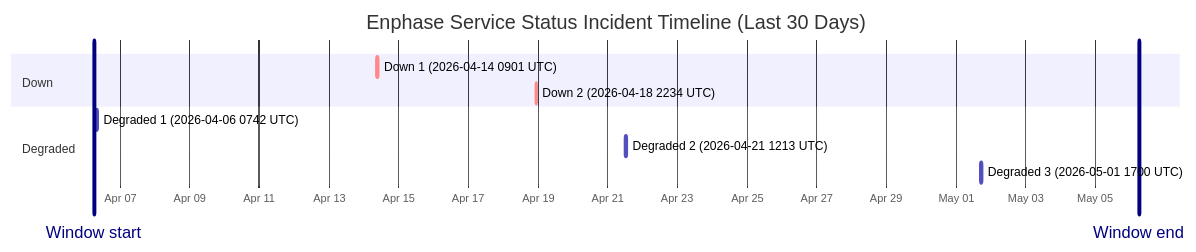
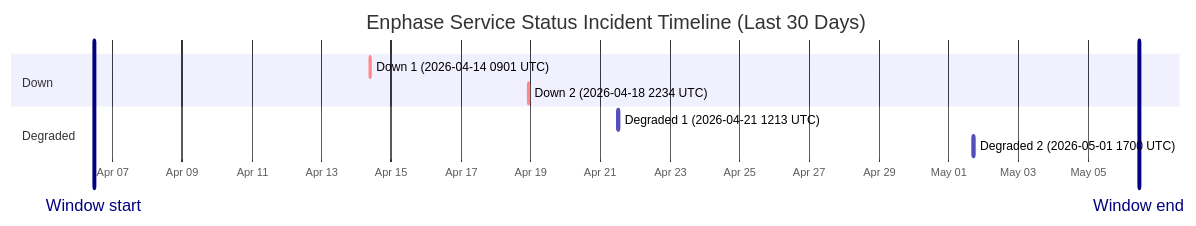
Before and after one commit to barneyonline/ha-enphase-ev-charger: the diagram in wiki/Service-Status-History.md, drawn with Mermaid. The commit also changed other lines of this file and 3 other files, not shown here.

````diff
--- a/wiki/Service-Status-History.md
+++ b/wiki/Service-Status-History.md
@@ -14,15 +14,14 @@
 ```mermaid
 gantt
     title Enphase Service Status Incident Timeline (Last 30 Days)
     dateFormat  YYYY-MM-DDTHH:mm:ss
     axisFormat  %b %d
-    Window start :vert, window-start, 2026-04-06T05:56:57, 0ms
-    Window end :vert, window-end, 2026-05-06T05:56:57, 0ms
+    Window start :vert, window-start, 2026-04-06T11:05:52, 0ms
+    Window end :vert, window-end, 2026-05-06T11:05:52, 0ms
     section Down
     Down 1 (2026-04-14 0901 UTC) :crit, down-1, 2026-04-14T09:01:13, 60m
     Down 2 (2026-04-18 2234 UTC) :crit, down-2, 2026-04-18T22:34:13, 60m
     section Degraded
-    Degraded 1 (2026-04-06 0742 UTC) :active, degraded-1, 2026-04-06T07:42:09, 85m
-    Degraded 2 (2026-04-21 1213 UTC) :active, degraded-2, 2026-04-21T12:13:11, 60m
-    Degraded 3 (2026-05-01 1700 UTC) :active, degraded-3, 2026-05-01T17:00:22, 60m
+    Degraded 1 (2026-04-21 1213 UTC) :active, degraded-1, 2026-04-21T12:13:11, 60m
+    Degraded 2 (2026-05-01 1700 UTC) :active, degraded-2, 2026-05-01T17:00:22, 60m
 ```
````
